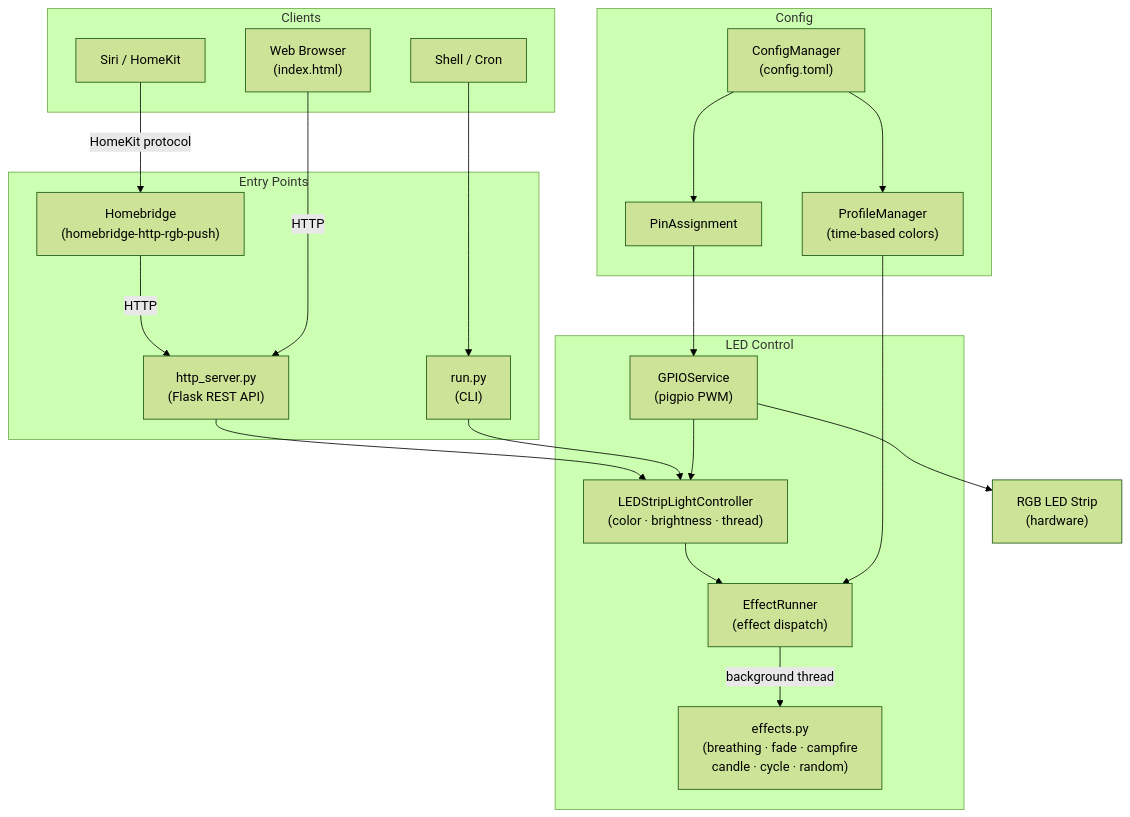
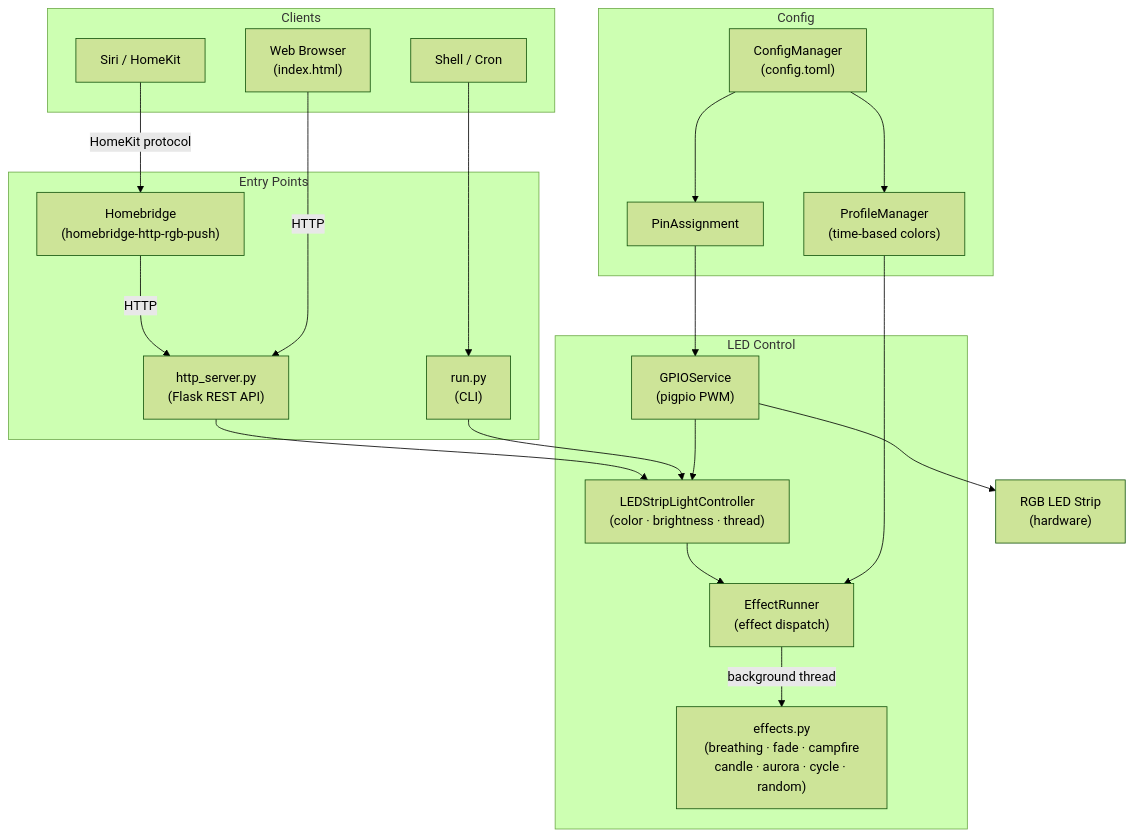
One commit to janrothen/led-strip-light changed the diagram in README.md. Above: the diagram before and after it, drawn with Mermaid (forest theme). The commit also changed other lines of this file and 9 other files, not shown here.

````diff
--- a/README.md
+++ b/README.md
@@ -39,45 +39,45 @@
 ```mermaid
 graph TD
     subgraph Clients
         SIRI["Siri / HomeKit"]
         WEBUI["Web Browser\n(index.html)"]
         SHELL["Shell / Cron"]
     end
 
     subgraph Entry Points
         HB["Homebridge\n(homebridge-http-rgb-push)"]
         HTTP["http_server.py\n(Flask REST API)"]
         CLI["run.py\n(CLI)"]
     end
 
     subgraph Config
         CM["ConfigManager\n(config.toml)"]
         PA["PinAssignment"]
         PM["ProfileManager\n(time-based colors)"]
     end
 
     subgraph LED Control
         GPIO["GPIOService\n(pigpio PWM)"]
         CTRL["LEDStripLightController\n(color · brightness · thread)"]
         ER["EffectRunner\n(effect dispatch)"]
-        EFX["effects.py\n(breathing · fade · campfire\ncandle · cycle · random)"]
+        EFX["effects.py\n(breathing · fade · campfire\ncandle · aurora · cycle · random)"]
     end
 
     HW["RGB LED Strip\n(hardware)"]
 
     SIRI -->|"HomeKit protocol"| HB
     HB -->|"HTTP"| HTTP
     WEBUI -->|"HTTP"| HTTP
     SHELL --> CLI
 
     HTTP --> CTRL
     CLI --> CTRL
     CM --> PA
     CM --> PM
     PA --> GPIO
     GPIO --> CTRL
     CTRL --> ER
     ER -->|"background thread"| EFX
     PM --> ER
     GPIO --> HW
 ```
````
